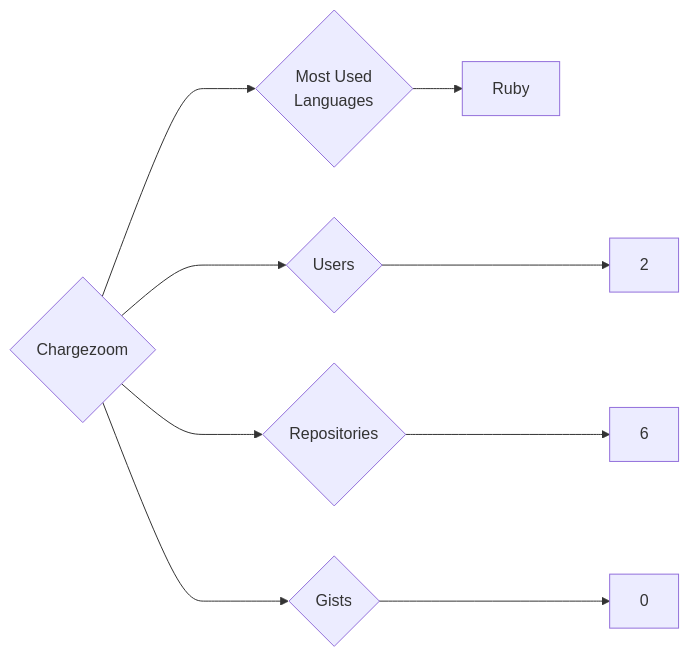
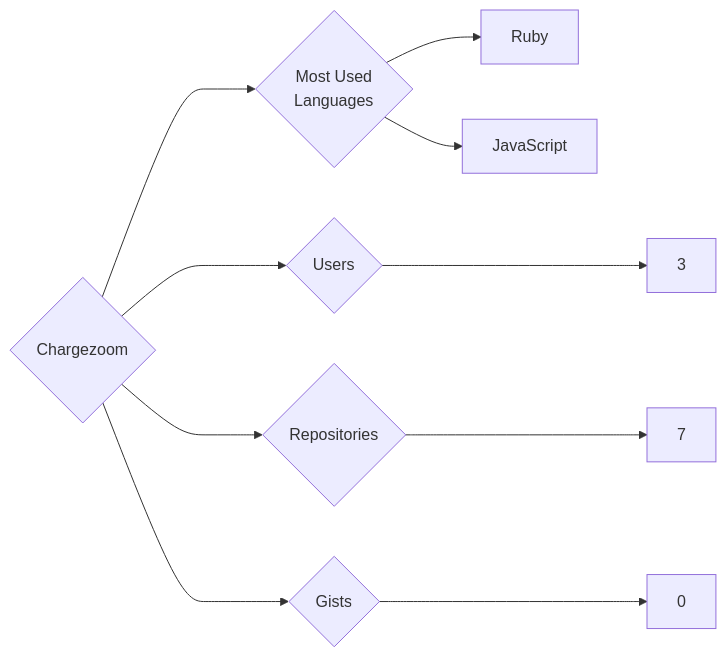
Before and after one commit to trickest/insiders: the diagram in targets/Chargezoom/README.md, drawn with Mermaid. The commit also changed 894 other files, not shown here.

````diff
--- a/targets/Chargezoom/README.md
+++ b/targets/Chargezoom/README.md
@@ -3,9 +3,10 @@
 ```mermaid
 graph LR
 COMPANY_NAME{Chargezoom}
-COMPANY_NAME ---> U{Users} ---> UN[2]
-COMPANY_NAME ---> R{Repositories} ---> RN[6]
+COMPANY_NAME ---> U{Users} ---> UN[3]
+COMPANY_NAME ---> R{Repositories} ---> RN[7]
 COMPANY_NAME ---> G{Gists} ---> GN[0]
 COMPANY_NAME ---> ML{Most Used<br>Languages}
 ML --> Ruby[Ruby]
+ML --> JavaScript[JavaScript]
 ```
````
